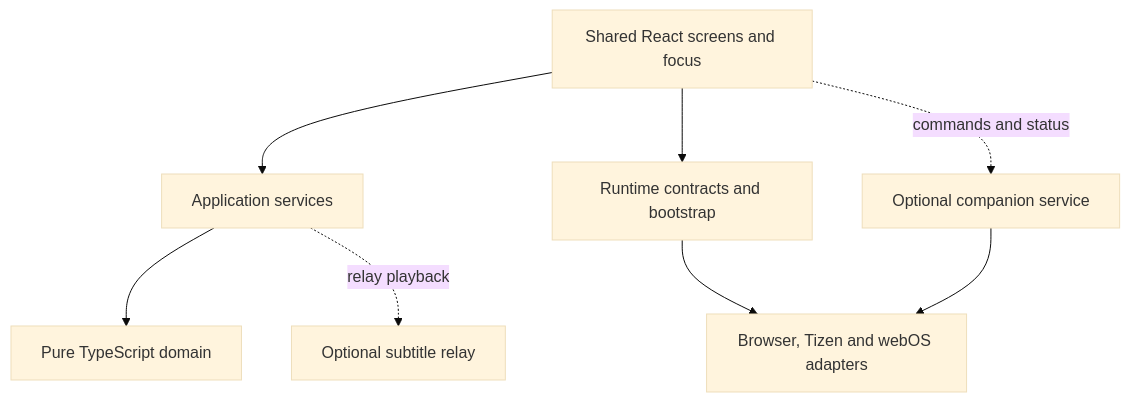
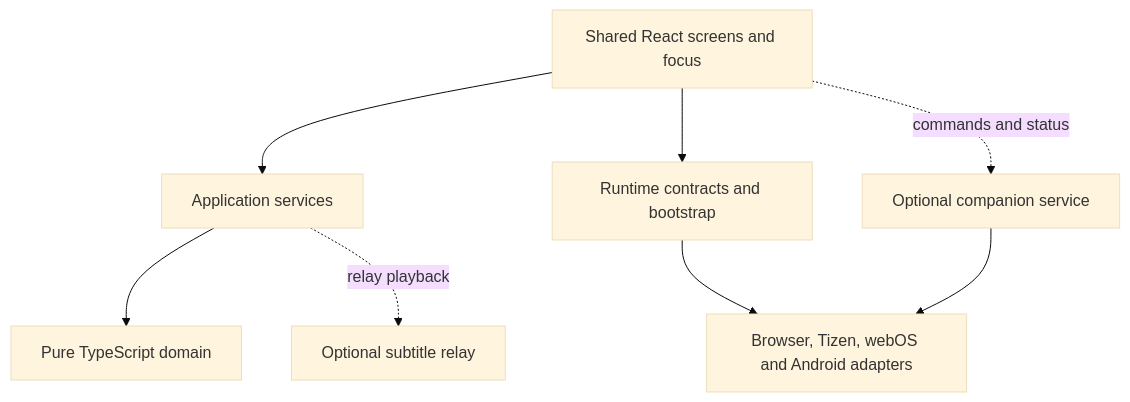
Before and after one commit to glebb/substream: the diagram in docs/cross-platform-architecture.md, drawn with Mermaid (base theme). The commit also changed other lines of this file and 45 other files, not shown here.

````diff
--- a/docs/cross-platform-architecture.md
+++ b/docs/cross-platform-architecture.md
@@ -7,17 +7,17 @@
 ```mermaid
 flowchart TB
   UI[Shared React screens and focus]
   APP[Application services]
   CORE[Pure TypeScript domain]
   RUNTIME[Runtime contracts and bootstrap]
-  ADAPTERS[Browser, Tizen and webOS adapters]
+  ADAPTERS[Browser, Tizen, webOS and Android adapters]
   COMPANION[Optional companion service]
   RELAY[Optional subtitle relay]
   UI --> APP
   UI --> RUNTIME
   APP --> CORE
   RUNTIME --> ADAPTERS
   UI -. commands and status .-> COMPANION
   COMPANION --> ADAPTERS
   APP -. relay playback .-> RELAY
 ```
````
